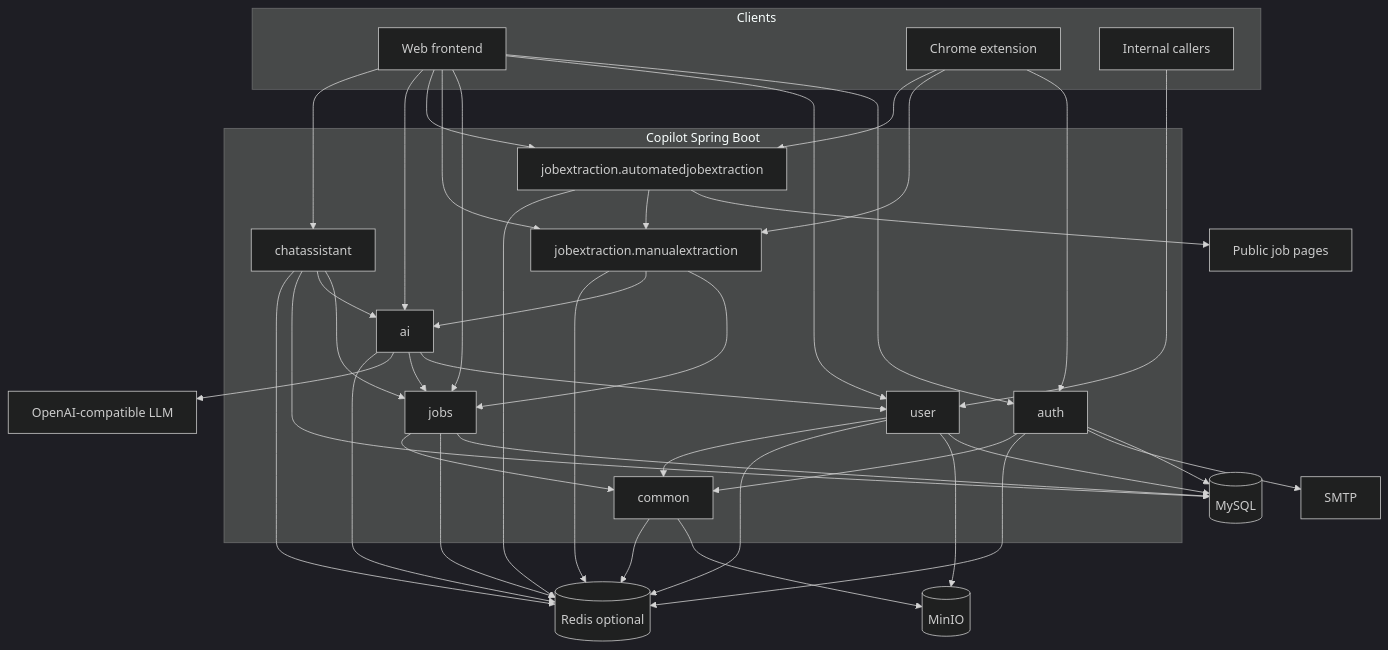
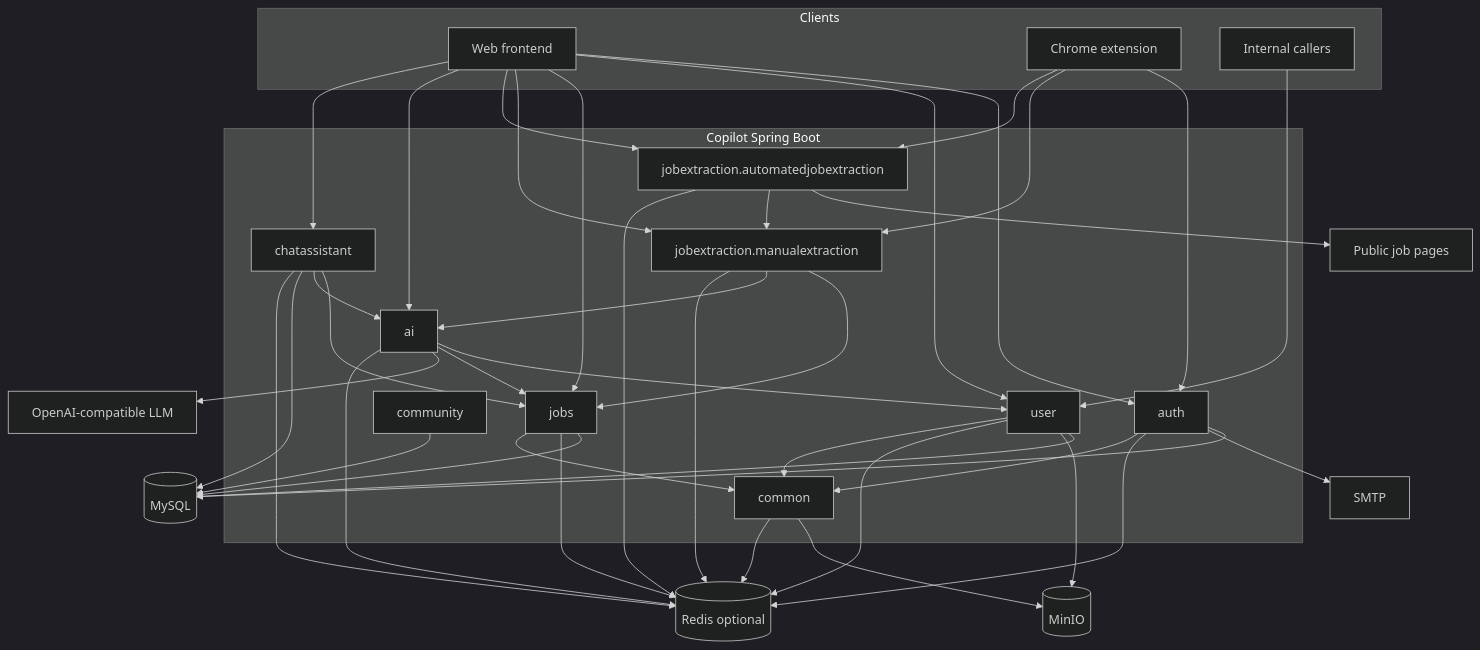
The first of 2 diagrams in docs/ARCHITECTURE.md (Venkata-Nageswara-Bhadri78/CodePilot), drawn with Mermaid (dark theme) before and after one commit. The commit also changed other lines of this file and 15 other files, not shown here.

Commit message:
feat(community): add community database schema and constraints

````diff
--- a/docs/ARCHITECTURE.md
+++ b/docs/ARCHITECTURE.md
@@ -7,66 +7,68 @@
 ```mermaid
 flowchart TB
     subgraph Clients
         Web[Web frontend]
         Ext[Chrome extension]
         Svc[Internal callers]
     end
 
     subgraph App[Copilot Spring Boot]
         Auth[auth]
         User[user]
         Jobs[jobs]
         Manual[jobextraction.manualextraction]
         Auto[jobextraction.automatedjobextraction]
         AI[ai]
         Chat[chatassistant]
+        Community[community]
         Common[common]
     end
 
     MySQL[(MySQL)]
     Redis[(Redis optional)]
     MinIO[(MinIO)]
     SMTP[SMTP]
     LLM[OpenAI-compatible LLM]
     Pages[Public job pages]
 
     Web --> Auth
     Web --> User
     Web --> Jobs
     Web --> Manual
     Web --> Auto
     Web --> AI
     Web --> Chat
     Ext --> Auth
     Ext --> Manual
     Ext --> Auto
     Svc --> User
 
     Auth --> MySQL
     Auth --> SMTP
     Auth --> Redis
     User --> MySQL
     User --> MinIO
     User --> Redis
     Jobs --> MySQL
     Jobs --> Redis
     Manual --> Jobs
     Manual --> AI
     Manual --> Redis
     Auto --> Pages
     Auto --> Manual
     Auto --> Redis
     AI --> User
     AI --> Jobs
     AI --> LLM
     AI --> Redis
     Chat --> Jobs
     Chat --> AI
     Chat --> MySQL
     Chat --> Redis
+    Community --> MySQL
     Common --> MinIO
     Common --> Redis
     Auth --> Common
     User --> Common
     Jobs --> Common
 ```
````
